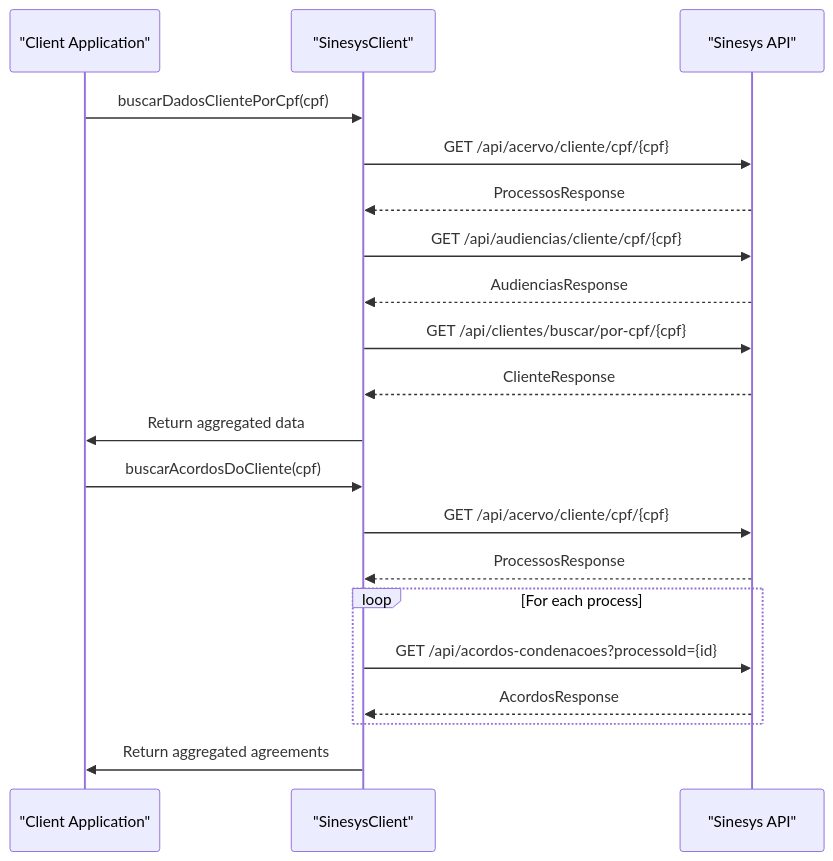
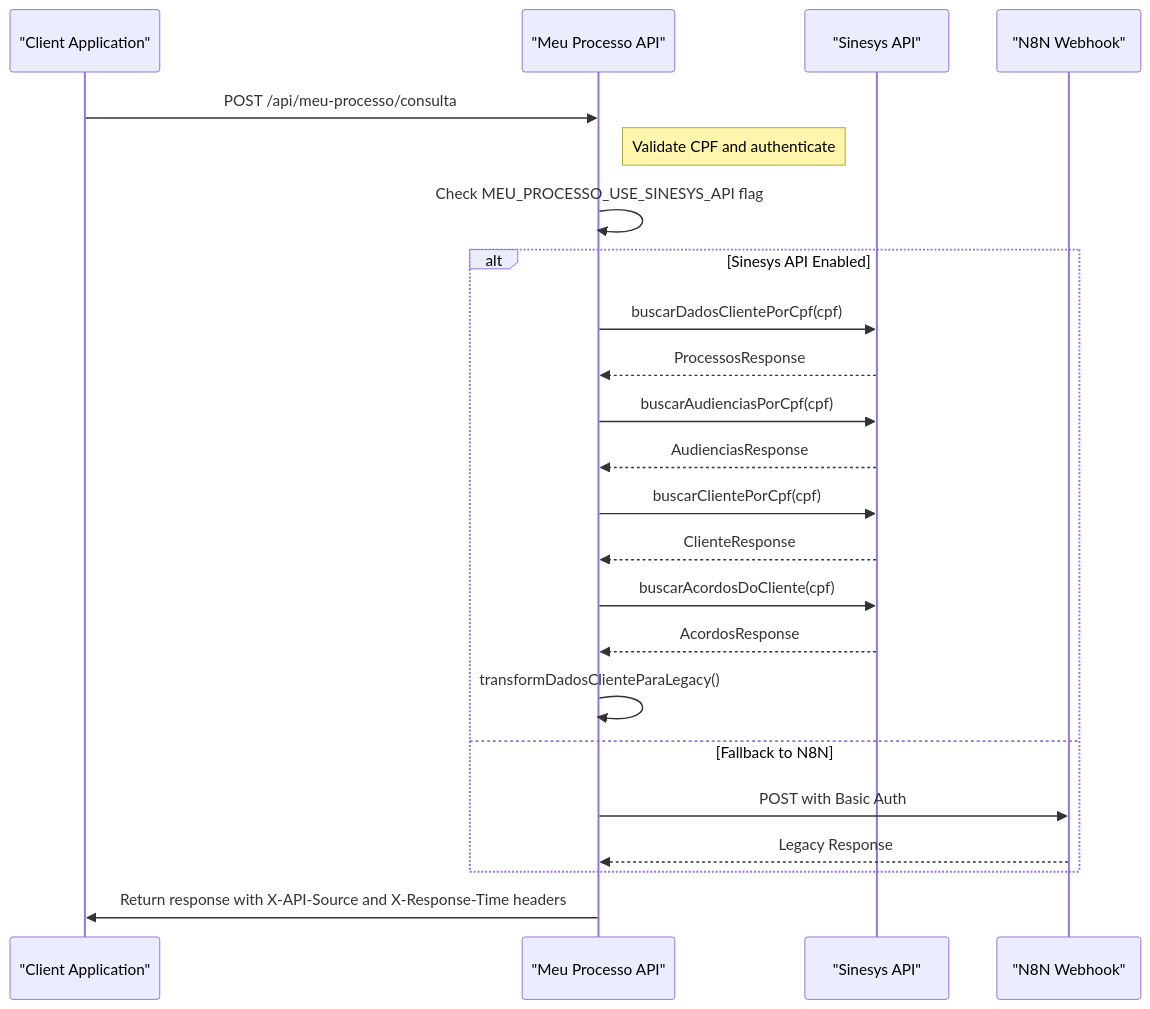
The second of 3 diagrams in .qoder/repowiki/en/content/Architecture/Layered Architecture/Application Layer/Integration Services/Sinesys API Integration.md (SinesysTech/zattar-os), drawn with Mermaid before and after one commit. The commit also changed other lines of this file and 21 other files, not shown here.

First line of the commit message:
chore: Refactor Meu Processo API, cleanup legacy code, and update dashboard UI responsiveness

````diff
--- a/.qoder/repowiki/en/content/Architecture/Layered Architecture/Application Layer/Integration Services/Sinesys API Integration.md
+++ b/.qoder/repowiki/en/content/Architecture/Layered Architecture/Application Layer/Integration Services/Sinesys API Integration.md
@@ -184,22 +203,25 @@
 ```mermaid
 sequenceDiagram
 participant Client as "Client Application"
-participant SinesysClient as "SinesysClient"
-participant API as "Sinesys API"
-Client->>SinesysClient : buscarDadosClientePorCpf(cpf)
-SinesysClient->>API : GET /api/acervo/cliente/cpf/{cpf}
-API-->>SinesysClient : ProcessosResponse
-SinesysClient->>API : GET /api/audiencias/cliente/cpf/{cpf}
-API-->>SinesysClient : AudienciasResponse
-SinesysClient->>API : GET /api/clientes/buscar/por-cpf/{cpf}
-API-->>SinesysClient : ClienteResponse
-SinesysClient->>Client : Return aggregated data
-Client->>SinesysClient : buscarAcordosDoCliente(cpf)
-SinesysClient->>API : GET /api/acervo/cliente/cpf/{cpf}
-API-->>SinesysClient : ProcessosResponse
-loop For each process
-SinesysClient->>API : GET /api/acordos-condenacoes?processoId={id}
-API-->>SinesysClient : AcordosResponse
+participant MeuProcessoAPI as "Meu Processo API"
+participant SinesysAPI as "Sinesys API"
+participant N8NWebhook as "N8N Webhook"
+Client->>MeuProcessoAPI : POST /api/meu-processo/consulta
+Note right of MeuProcessoAPI : Validate CPF and authenticate
+MeuProcessoAPI->>MeuProcessoAPI : Check MEU_PROCESSO_USE_SINESYS_API flag
+alt Sinesys API Enabled
+MeuProcessoAPI->>SinesysAPI : buscarDadosClientePorCpf(cpf)
+SinesysAPI-->>MeuProcessoAPI : ProcessosResponse
+MeuProcessoAPI->>SinesysAPI : buscarAudienciasPorCpf(cpf)
+SinesysAPI-->>MeuProcessoAPI : AudienciasResponse
+MeuProcessoAPI->>SinesysAPI : buscarClientePorCpf(cpf)
+SinesysAPI-->>MeuProcessoAPI : ClienteResponse
+MeuProcessoAPI->>SinesysAPI : buscarAcordosDoCliente(cpf)
+SinesysAPI-->>MeuProcessoAPI : AcordosResponse
+MeuProcessoAPI->>MeuProcessoAPI : transformDadosClienteParaLegacy()
+else Fallback to N8N
+MeuProcessoAPI->>N8NWebhook : POST with Basic Auth
+N8NWebhook-->>MeuProcessoAPI : Legacy Response
 end
-SinesysClient->>Client : Return aggregated agreements
+MeuProcessoAPI->>Client : Return response with X-API-Source and X-Response-Time headers
 ```
````
